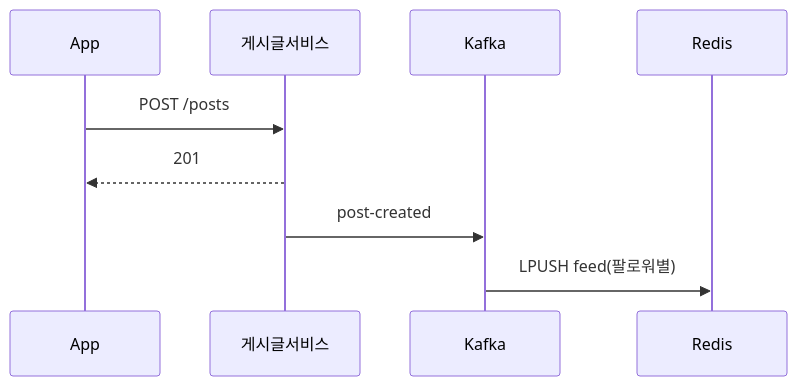
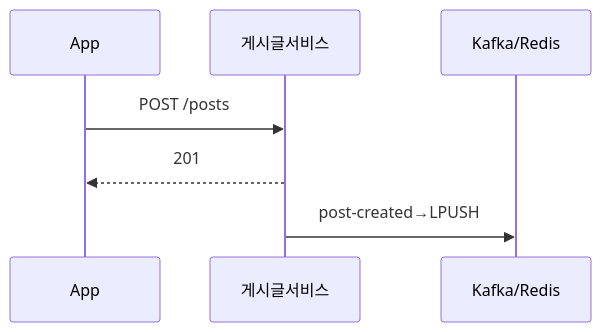
Before and after one commit to yjkim2015/yjkim2015.github.io: the fifth of 6 diagrams in _posts/systemdesign/2026-05-02-system-design-newsfeed.md, drawn with Mermaid. The commit also changed other lines of this file and 48 other files, not shown here.

First line of the commit message:
Mermaid 최종 47건 수정: participant/노드/줄수/라벨 전부 기준 이하

````diff
--- a/_posts/systemdesign/2026-05-02-system-design-newsfeed.md
+++ b/_posts/systemdesign/2026-05-02-system-design-newsfeed.md
@@ -184,11 +184,9 @@
 ```mermaid
 sequenceDiagram
     participant App
     participant Svc as 게시글서비스
-    participant K as Kafka
-    participant C as Redis
+    participant C as Kafka/Redis
     App->>Svc: POST /posts
     Svc-->>App: 201
-    Svc->>K: post-created
-    K->>C: LPUSH feed(팔로워별)
+    Svc->>C: post-created→LPUSH
 ```
````
